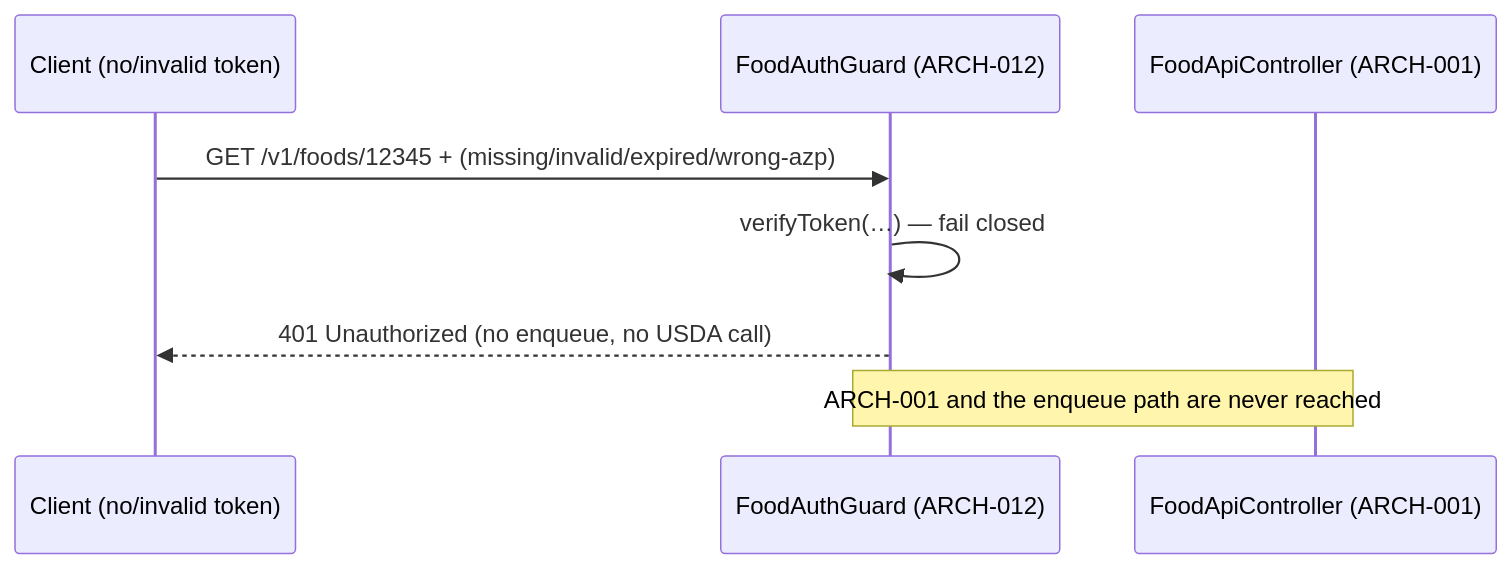
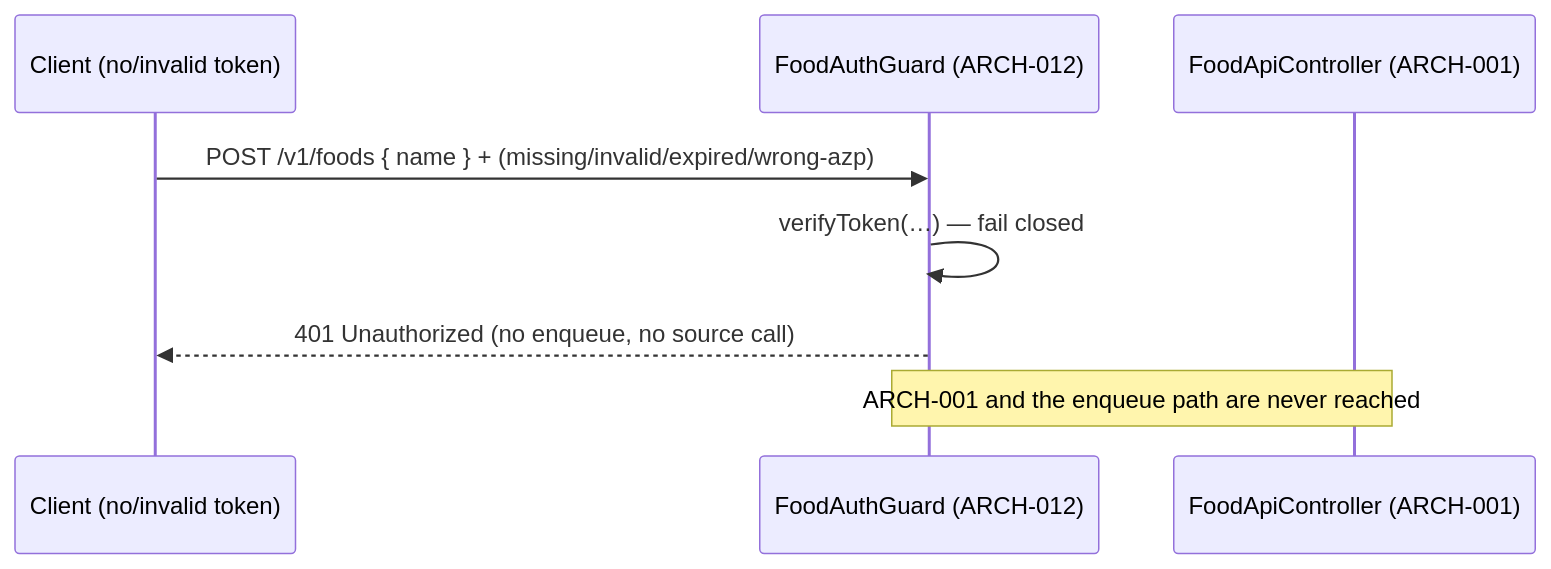
One commit to radicle-co/KitchenSink changed the tenth of 10 diagrams in specs/003-usda-food-data/v-model/architecture-design.md. Above: the diagram before and after it, drawn with Mermaid. The commit also changed other lines of this file and 202 other files, not shown here.

First line of the commit message:
feat(food): source-agnostic food data model, service, USDA sync, and CDK infra (#53)

````diff
--- a/specs/003-usda-food-data/v-model/architecture-design.md
+++ b/specs/003-usda-food-data/v-model/architecture-design.md
@@ -409,11 +638,11 @@
 ```mermaid
 sequenceDiagram
     participant C as Client (no/invalid token)
     participant AG as FoodAuthGuard (ARCH-012)
     participant A as FoodApiController (ARCH-001)
 
-    C->>AG: GET /v1/foods/12345 + (missing/invalid/expired/wrong-azp)
+    C->>AG: POST /v1/foods { name } + (missing/invalid/expired/wrong-azp)
     AG->>AG: verifyToken(…) — fail closed
-    AG-->>C: 401 Unauthorized (no enqueue, no USDA call)
+    AG-->>C: 401 Unauthorized (no enqueue, no source call)
     Note over AG,A: ARCH-001 and the enqueue path are never reached
 ```
````
